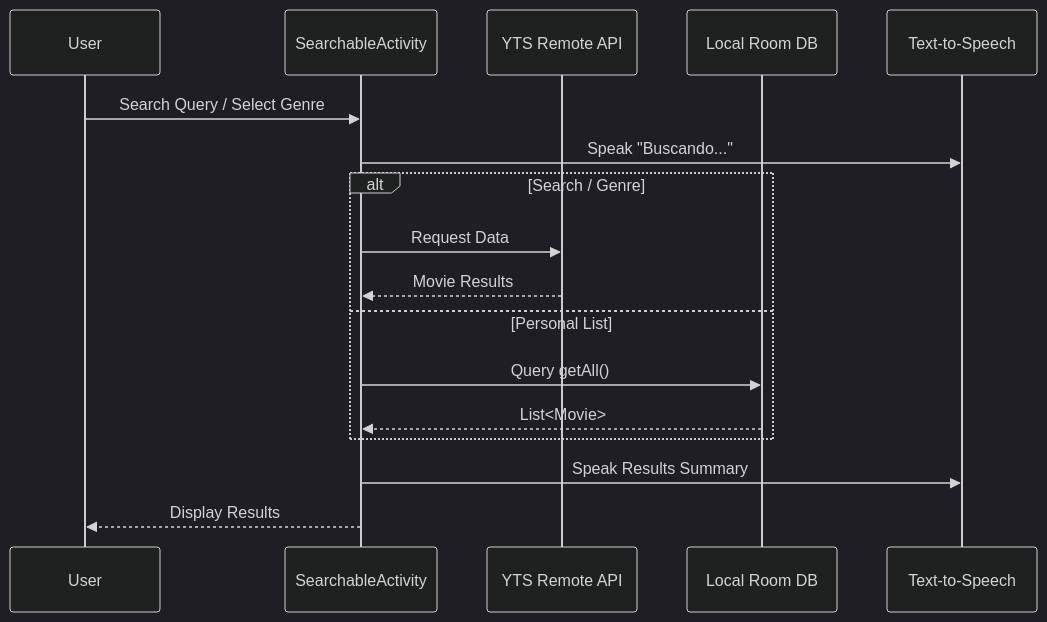
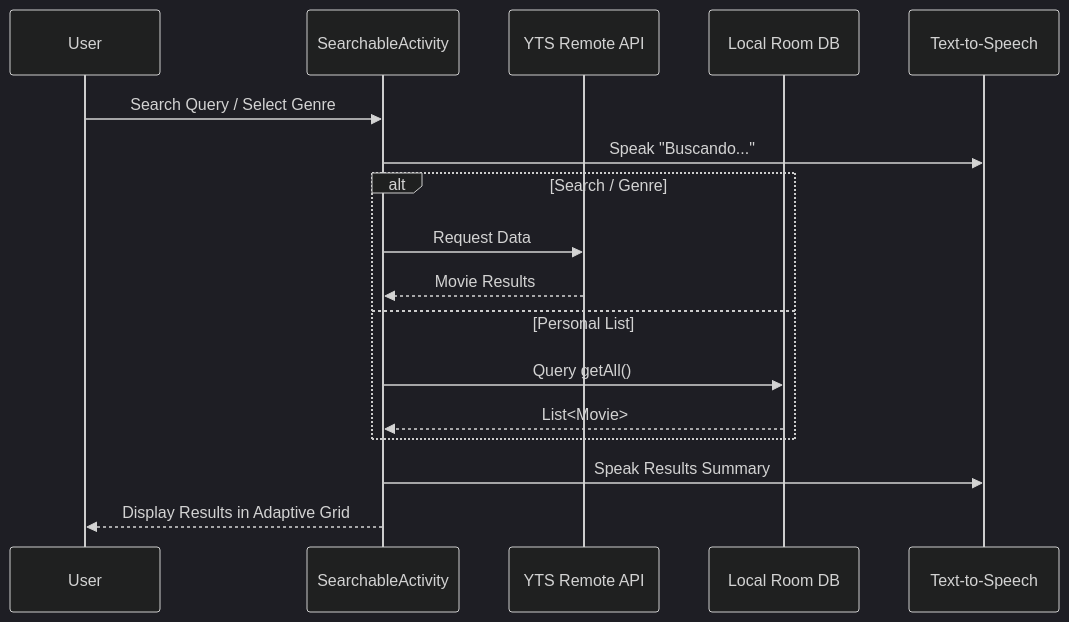
One commit to martinrevert/LaTorrentola changed the third of 4 diagrams in README.md. Above: the diagram before and after it, drawn with Mermaid (dark theme). The commit also changed other lines of this file, not shown here.

````diff
--- a/README.md
+++ b/README.md
@@ -101,20 +108,20 @@
 ```mermaid
 sequenceDiagram
     participant User
     participant SearchableActivity
     participant YTS_API as YTS Remote API
     participant RoomDB as Local Room DB
     participant TTS as Text-to-Speech
 
     User->>SearchableActivity: Search Query / Select Genre
     SearchableActivity->>TTS: Speak "Buscando..."
     alt Search / Genre
         SearchableActivity->>YTS_API: Request Data
         YTS_API-->>SearchableActivity: Movie Results
     else Personal List
         SearchableActivity->>RoomDB: Query getAll()
         RoomDB-->>SearchableActivity: List<Movie>
     end
     SearchableActivity->>TTS: Speak Results Summary
-    SearchableActivity-->>User: Display Results
+    SearchableActivity-->>User: Display Results in Adaptive Grid
 ```
````
